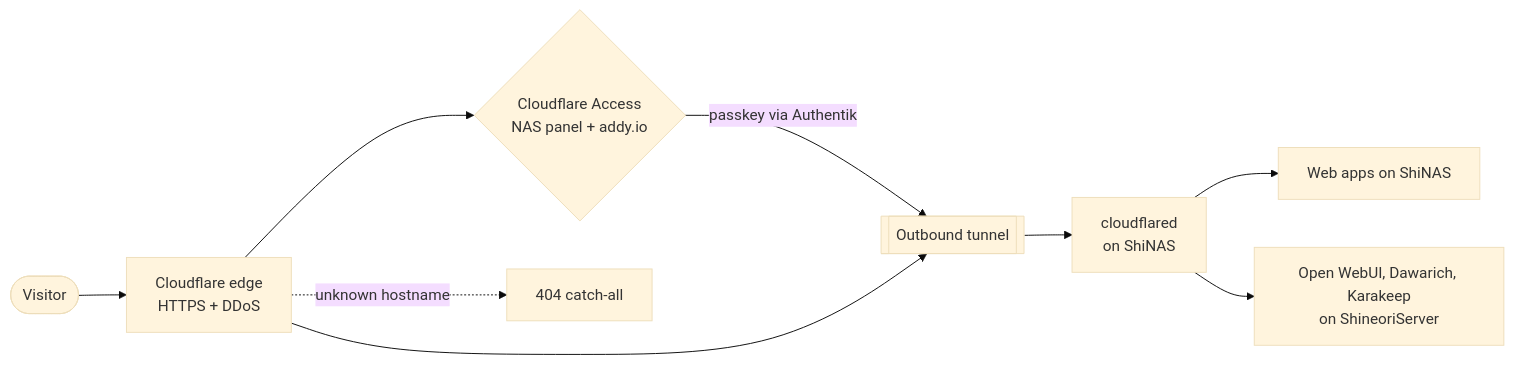
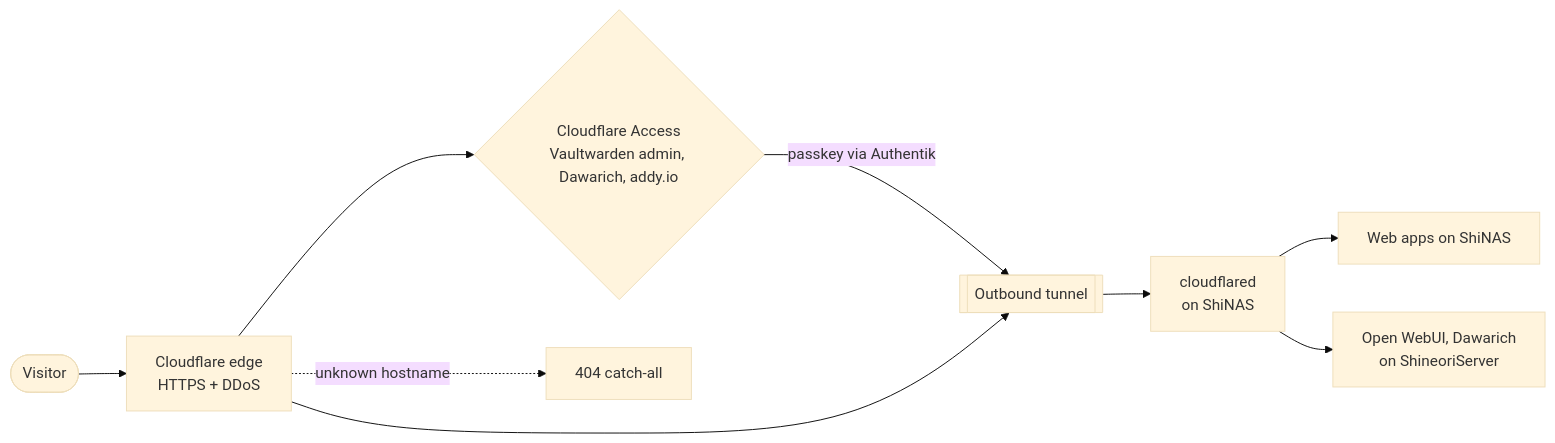
The first of 2 diagrams in docs/services/cloudflared.md (Shineori/homelab), drawn with Mermaid (base theme) before and after one commit. The commit also changed other lines of this file and 10 other files, not shown here.

````diff
--- a/docs/services/cloudflared.md
+++ b/docs/services/cloudflared.md
@@ -24,11 +24,11 @@
 ```mermaid
 flowchart LR
     v([Visitor]) --> edge[Cloudflare edge<br/>HTTPS + DDoS]
-    edge --> acc{Cloudflare Access<br/>NAS panel + addy.io}
+    edge --> acc{Cloudflare Access<br/>Vaultwarden admin, Dawarich, addy.io}
     acc -- passkey via Authentik --> tun
     edge --> tun[[Outbound tunnel]]
     tun --> cfd[cloudflared<br/>on ShiNAS]
     cfd --> apps[Web apps on ShiNAS]
-    cfd --> ai[Open WebUI, Dawarich, Karakeep<br/>on ShineoriServer]
+    cfd --> ai[Open WebUI, Dawarich<br/>on ShineoriServer]
     edge -. unknown hostname .-> x[404 catch-all]
 ```
````
